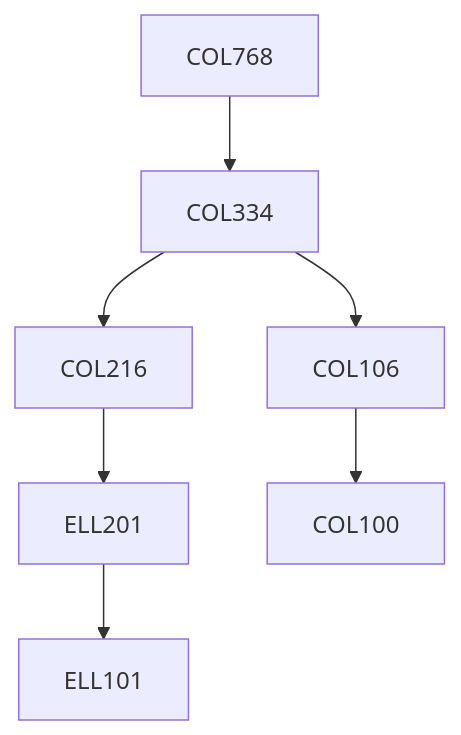
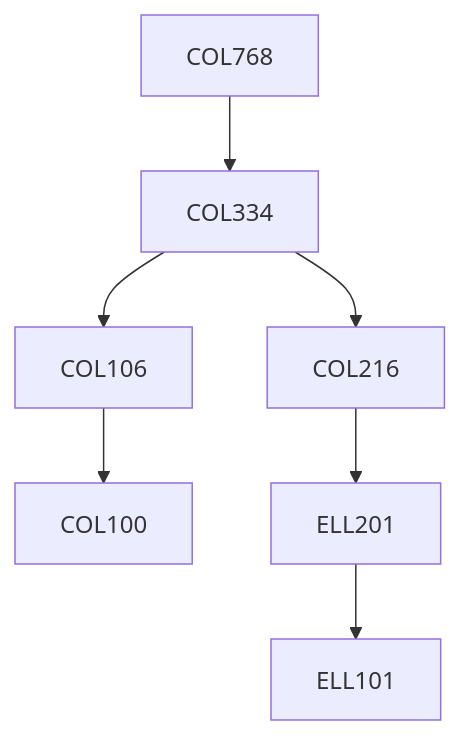
Before and after one commit to KeshavBansal0122/CoS_Website: the diagram in content/Computer Science and Engineering/COL768.md, drawn with Mermaid. The commit also changed other lines of this file and 2662 other files, not shown here.

````diff
--- a/content/Computer Science and Engineering/COL768.md
+++ b/content/Computer Science and Engineering/COL768.md
@@ -13,13 +13,13 @@
 ```mermaid
 flowchart TD
 COL768-222[COL768]
-ELL201-222 --> ELL101-222[ELL101]
-COL334-222 --> COL106-222[COL106]
-COL768-222 --> COL334-222[COL334]
-COL216-222 --> ELL201-222[ELL201]
 COL106-222 --> COL100-222[COL100]
 COL334-222 --> COL216-222[COL216]
+ELL201-222 --> ELL101-222[ELL101]
+COL768-222 --> COL334-222[COL334]
+COL334-222 --> COL106-222[COL106]
+COL216-222 --> ELL201-222[ELL201]
 
 classDef empty height:17px, fill:transparent, stroke:transparent;
 classDef trueEmpty height:0px, width:0px;
 ```
````
